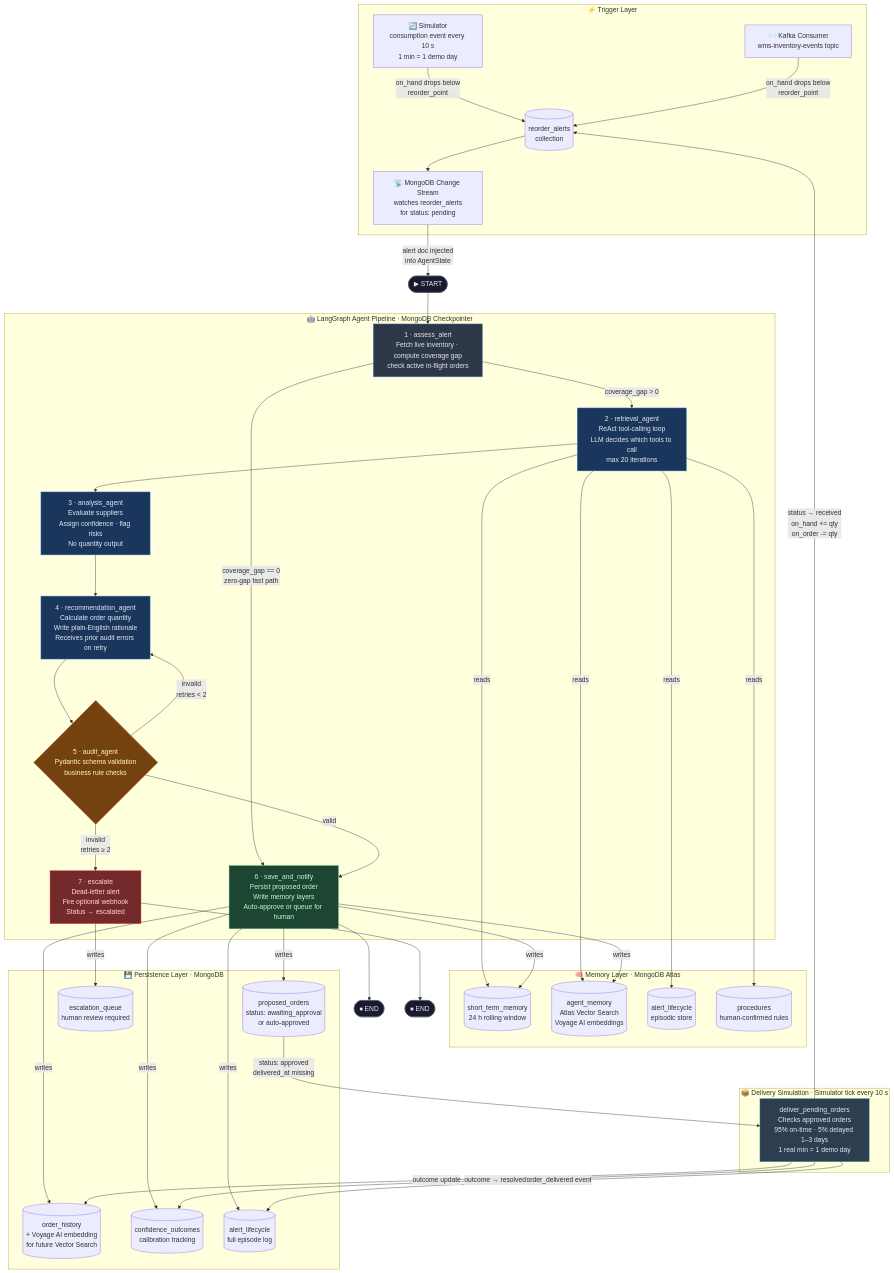
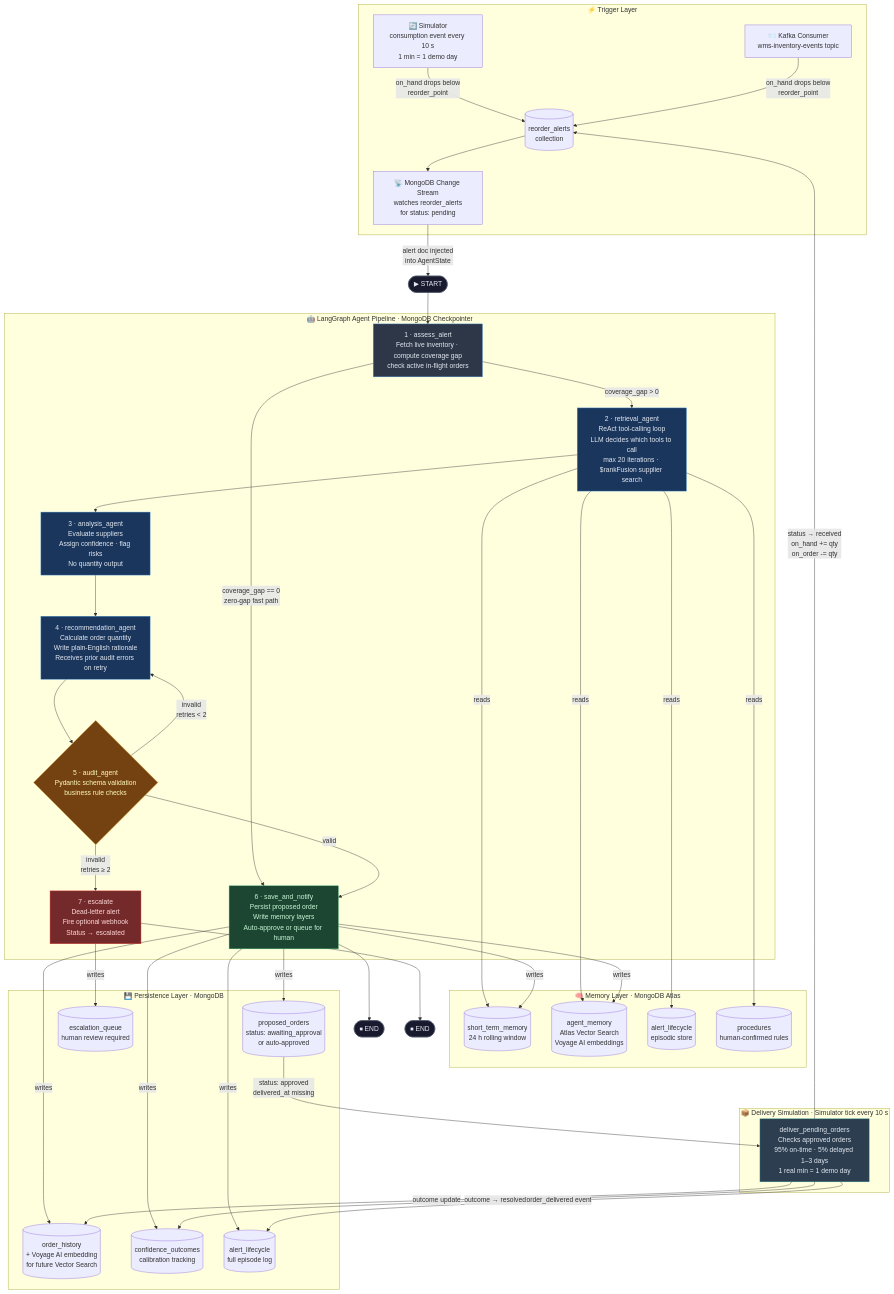
Before and after one commit to alxmancilla/Supply_Chain_Reorder_Agent: the first of 3 diagrams in WORKFLOW.md, drawn with Mermaid. The commit also changed other lines of this file and 11 other files, not shown here.

Commit message:
latest updates to the dashboard architecture and various agent components.

```diff
--- a/WORKFLOW.md
+++ b/WORKFLOW.md
@@ -30,7 +30,7 @@
         N1 -->|"coverage_gap == 0\nzero-gap fast path"| N6
         N1 -->|"coverage_gap > 0"| N2
 
-        N2["2 · retrieval_agent\nReAct tool-calling loop\nLLM decides which tools to call\nmax 20 iterations"]
+        N2["2 · retrieval_agent\nReAct tool-calling loop\nLLM decides which tools to call\nmax 20 iterations · $rankFusion supplier search"]
 
         N2 --> N3
 
```
